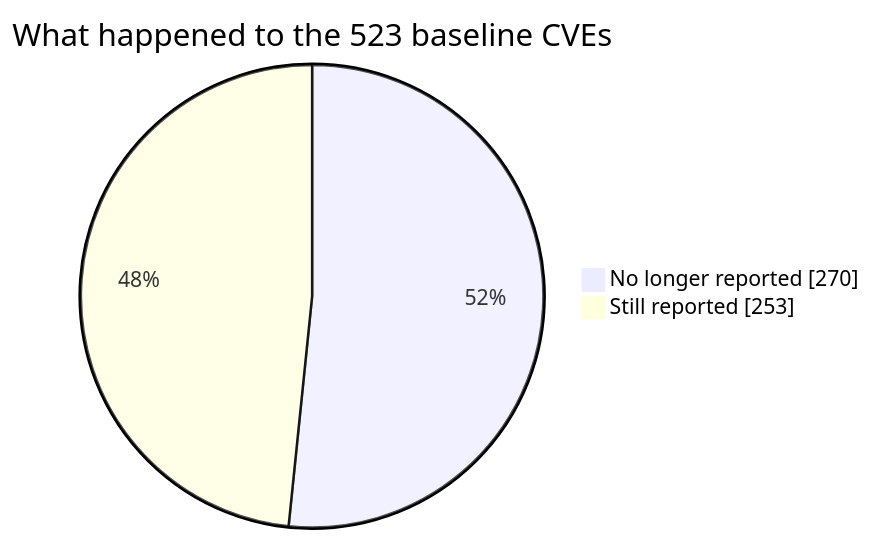
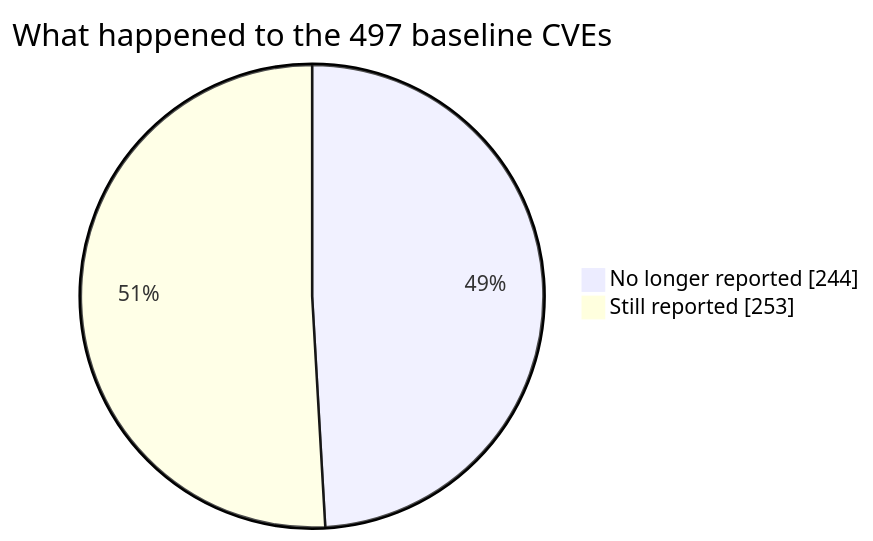
One commit to netanelzucaim/echo-mission changed the diagram in scans/patched/diff.md. Above: the diagram before and after it, drawn with Mermaid. The commit also changed other lines of this file and 13 other files, not shown here.

First line of the commit message:
Fix CVE count: unfixed nginx/njs CVEs were counted as no longer reported

````diff
--- a/scans/patched/diff.md
+++ b/scans/patched/diff.md
@@ -14,5 +14,5 @@
 ```mermaid
-pie showData title What happened to the 523 baseline CVEs
-    "No longer reported" : 270
+pie showData title What happened to the 497 baseline CVEs
+    "No longer reported" : 244
     "Still reported" : 253
 ```
````
